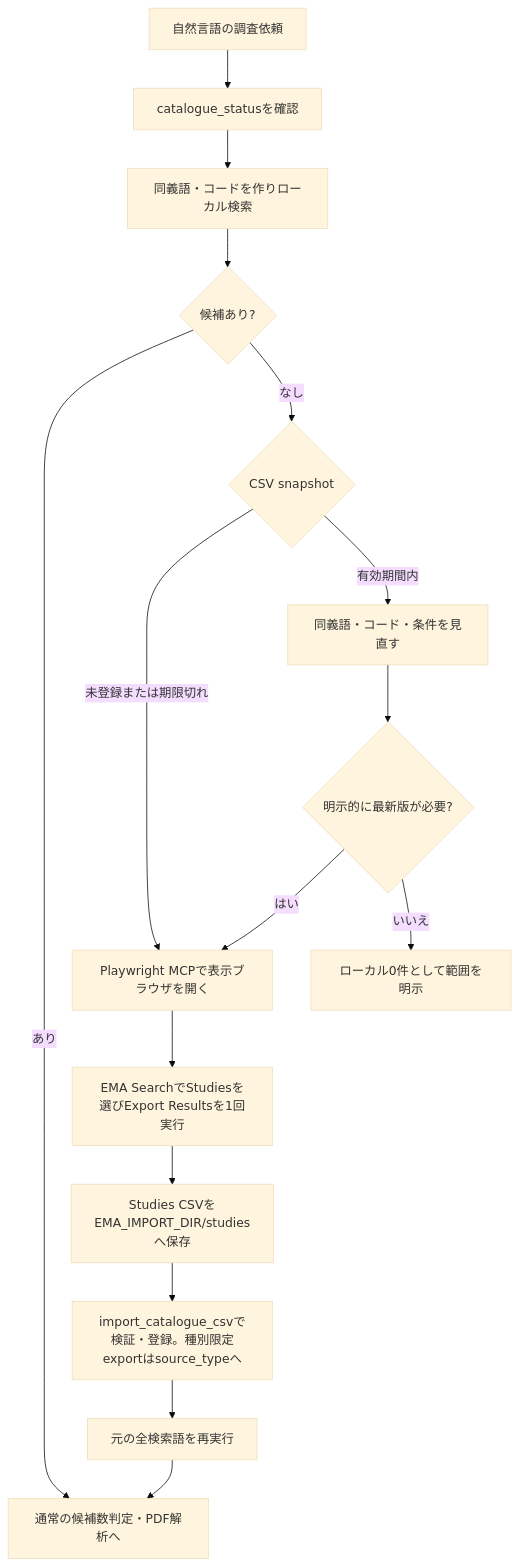
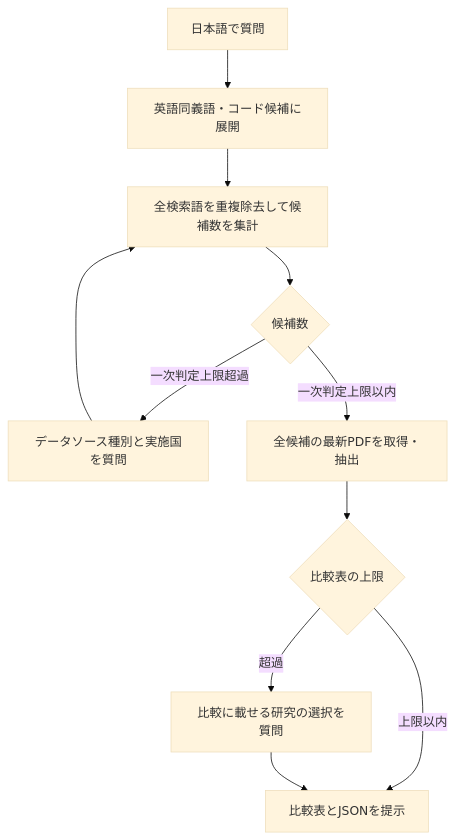
Before and after one commit to parfait0707/ema-rwe-mcp: the diagram in README.md, drawn with Mermaid (base theme). The commit also changed other lines of this file and 2 other files, not shown here.

````diff
--- a/README.md
+++ b/README.md
@@ -96,18 +36,13 @@
 ```mermaid
 flowchart TD
-    A[自然言語の調査依頼] --> B[catalogue_statusを確認]
-    B --> C[同義語・コードを作りローカル検索]
-    C --> D{候補あり?}
-    D -->|あり| E[通常の候補数判定・PDF解析へ]
-    D -->|なし| F{CSV snapshot}
-    F -->|未登録または期限切れ| G[Playwright MCPで表示ブラウザを開く]
-    G --> H[EMA SearchでStudiesを選びExport Resultsを1回実行]
-    H --> I[Studies CSVをEMA_IMPORT_DIR/studiesへ保存]
-    I --> J[import_catalogue_csvで検証・登録。種別限定exportはsource_typeへ]
-    J --> K[元の全検索語を再実行]
-    K --> E
-    F -->|有効期間内| L[同義語・コード・条件を見直す]
-    L --> M{明示的に最新版が必要?}
-    M -->|はい| G
-    M -->|いいえ| N[ローカル0件として範囲を明示]
+    A[日本語で質問] --> B[英語同義語・コード候補に展開]
+    B --> C[全検索語を重複除去して候補数を集計]
+    C --> D{候補数}
+    D -->|一次判定上限超過| E[データソース種別と実施国を質問]
+    E --> C
+    D -->|一次判定上限以内| F[全候補の最新PDFを取得・抽出]
+    F --> G{比較表の上限}
+    G -->|超過| H[比較に載せる研究の選択を質問]
+    G -->|上限以内| I[比較表とJSONを提示]
+    H --> I
 ```
````
